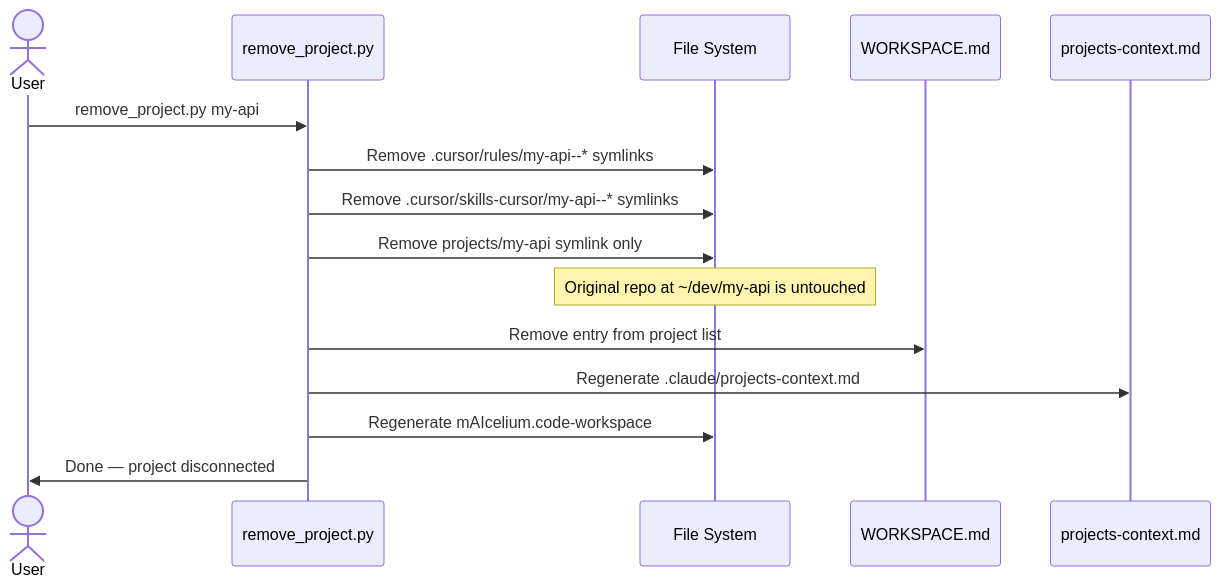
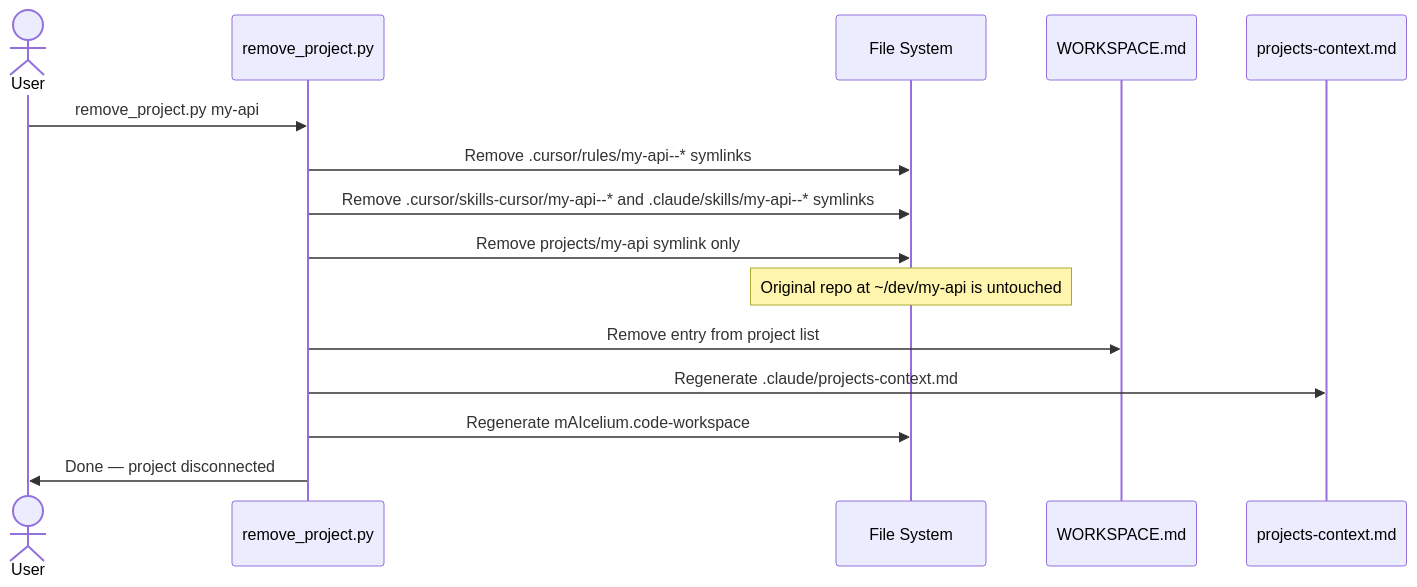
One commit to samartined/mAIcelium changed the third of 4 diagrams in docs/architecture.md. Above: the diagram before and after it, drawn with Mermaid. The commit also changed other lines of this file and 5 other files, not shown here.

First line of the commit message:
docs(claude-skills): document the three-way skill reflection

````diff
--- a/docs/architecture.md
+++ b/docs/architecture.md
@@ -153,18 +166,18 @@
 ```mermaid
 sequenceDiagram
     actor User
     participant Script as remove_project.py
     participant FS as File System
     participant WS as WORKSPACE.md
     participant Claude as projects-context.md
 
     User->>Script: remove_project.py my-api
     Script->>FS: Remove .cursor/rules/my-api--* symlinks
-    Script->>FS: Remove .cursor/skills-cursor/my-api--* symlinks
+    Script->>FS: Remove .cursor/skills-cursor/my-api--* and .claude/skills/my-api--* symlinks
     Script->>FS: Remove projects/my-api symlink only
     Note over FS: Original repo at ~/dev/my-api is untouched
     Script->>WS: Remove entry from project list
     Script->>Claude: Regenerate .claude/projects-context.md
     Script->>FS: Regenerate mAIcelium.code-workspace
     Script->>User: Done — project disconnected
 ```
````
